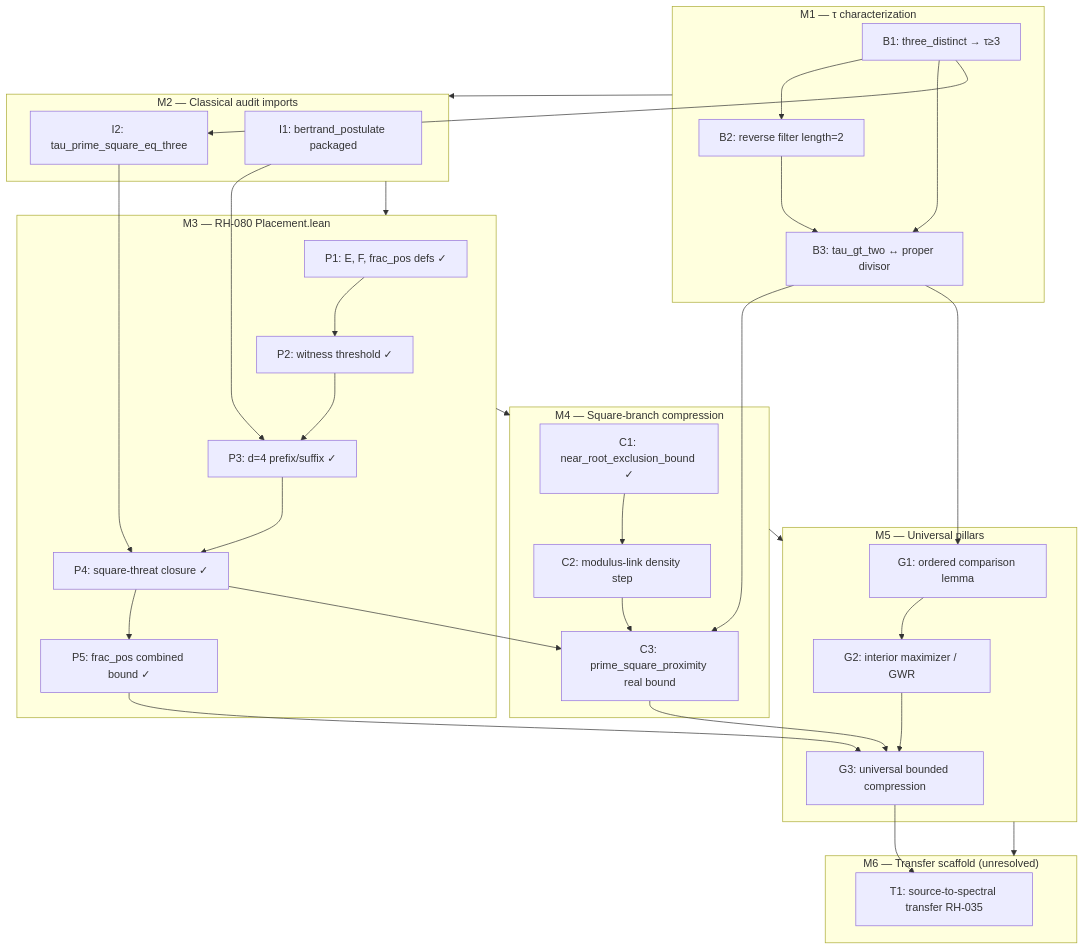
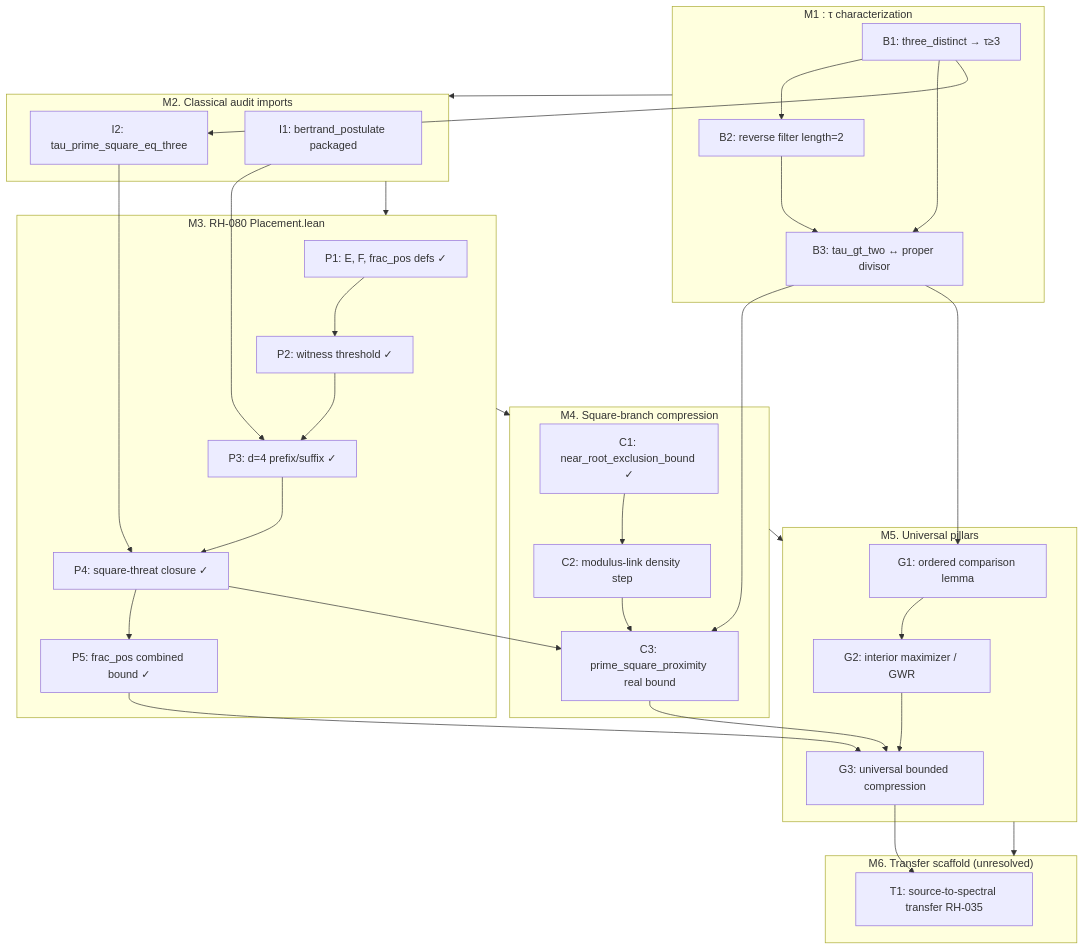
The diagram in lean-4/PLACEMENT_FORMALIZATION_ROADMAP.md (zfifteen/geodesic-prime-prefilter), drawn with Mermaid before and after one commit. The commit also changed other lines of this file and 261 other files, not shown here.

````diff
--- a/lean-4/PLACEMENT_FORMALIZATION_ROADMAP.md
+++ b/lean-4/PLACEMENT_FORMALIZATION_ROADMAP.md
@@ -64,57 +64,57 @@
 ```mermaid
 flowchart TD
-  subgraph M1["M1 — τ characterization"]
+  subgraph M1["M1 : τ characterization"]
     B1["B1: three_distinct → τ≥3"]
     B2["B2: reverse filter length=2"]
     B3["B3: tau_gt_two ↔ proper divisor"]
     B1 --> B2
     B1 --> B3
     B2 --> B3
   end
 
-  subgraph M2["M2 — Classical audit imports"]
+  subgraph M2["M2. Classical audit imports"]
     I1["I1: bertrand_postulate packaged"]
     I2["I2: tau_prime_square_eq_three"]
     B1 --> I2
   end
 
-  subgraph M3["M3 — RH-080 Placement.lean"]
+  subgraph M3["M3. RH-080 Placement.lean"]
     P1["P1: E, F, frac_pos defs ✓"]
     P2["P2: witness threshold ✓"]
     P3["P3: d=4 prefix/suffix ✓"]
     P4["P4: square-threat closure ✓"]
     P5["P5: frac_pos combined bound ✓"]
     I1 --> P3
     I2 --> P4
     P1 --> P2 --> P3 --> P4 --> P5
   end
 
-  subgraph M4["M4 — Square-branch compression"]
+  subgraph M4["M4. Square-branch compression"]
     C1["C1: near_root_exclusion_bound ✓"]
     C2["C2: modulus-link density step"]
     C3["C3: prime_square_proximity real bound"]
     C1 --> C2 --> C3
     P4 --> C3
     B3 --> C3
   end
 
-  subgraph M5["M5 — Universal pillars"]
+  subgraph M5["M5. Universal pillars"]
     G1["G1: ordered comparison lemma"]
     G2["G2: interior maximizer / GWR"]
     G3["G3: universal bounded compression"]
     B3 --> G1 --> G2 --> G3
     P5 --> G3
     C3 --> G3
   end
 
-  subgraph M6["M6 — Transfer scaffold (unresolved)"]
+  subgraph M6["M6. Transfer scaffold (unresolved)"]
     T1["T1: source-to-spectral transfer RH-035"]
     G3 --> T1
   end
 
   M1 --> M2
   M2 --> M3
   M3 --> M4
   M4 --> M5
   M5 --> M6
 ```
````
